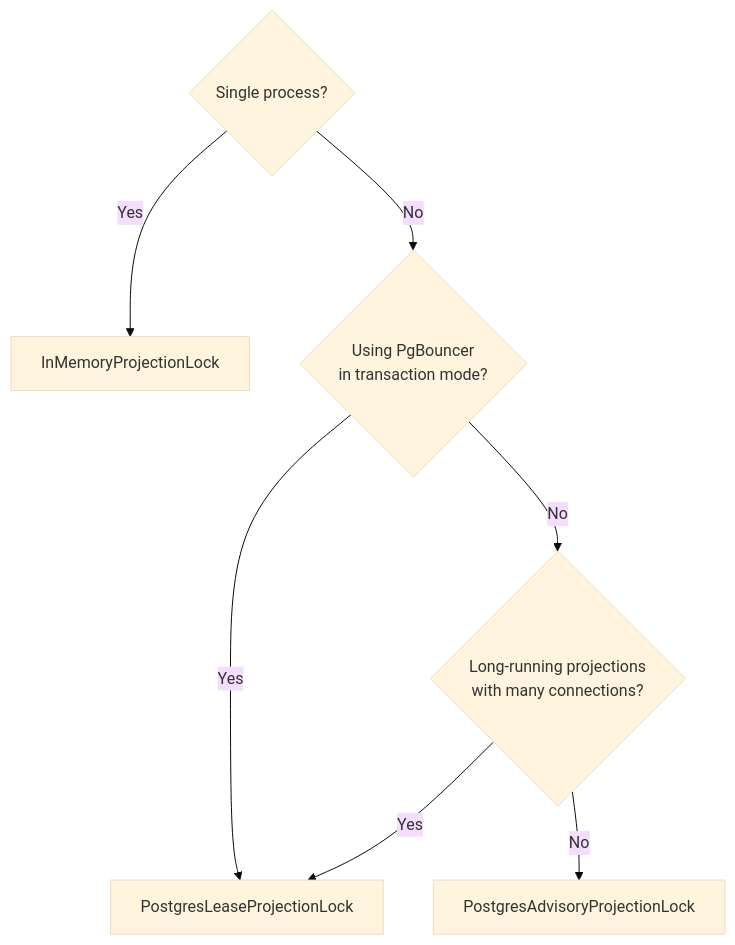
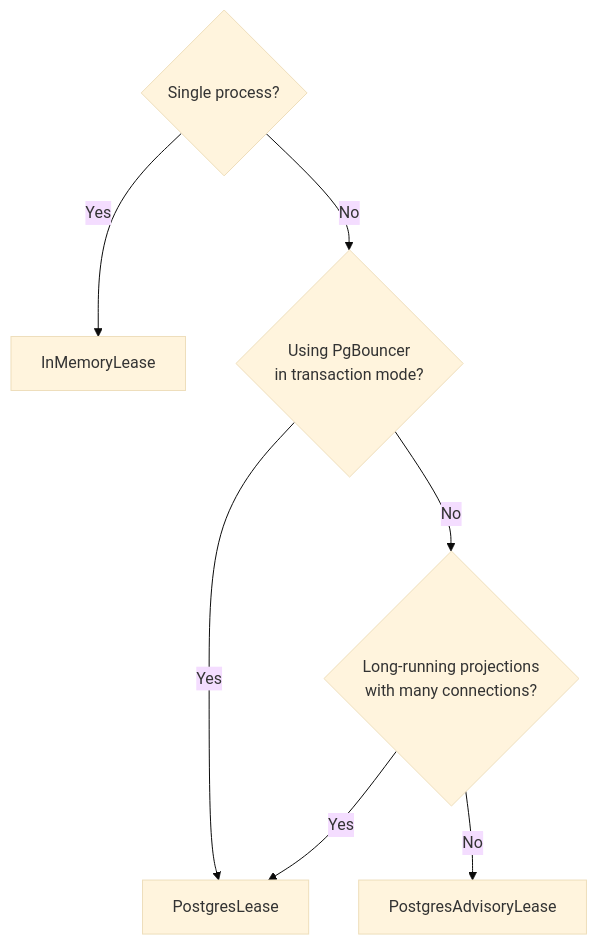
The second of 2 diagrams in docs/features/eventsourcing/projections.md (waku-py/waku), drawn with Mermaid (base theme) before and after one commit. The commit also changed other lines of this file and 24 other files, not shown here.

````diff
--- a/docs/features/eventsourcing/projections.md
+++ b/docs/features/eventsourcing/projections.md
@@ -281,10 +281,10 @@
 ```mermaid
 graph TD
     Q1{Single process?}
-    Q1 -->|Yes| IM[InMemoryProjectionLock]
+    Q1 -->|Yes| IM[InMemoryLease]
     Q1 -->|No| Q2{Using PgBouncer<br/>in transaction mode?}
-    Q2 -->|Yes| LB[PostgresLeaseProjectionLock]
+    Q2 -->|Yes| LB[PostgresLease]
     Q2 -->|No| Q3{Long-running projections<br/>with many connections?}
     Q3 -->|Yes| LB
-    Q3 -->|No| ADV[PostgresAdvisoryProjectionLock]
+    Q3 -->|No| ADV[PostgresAdvisoryLease]
 ```
````
